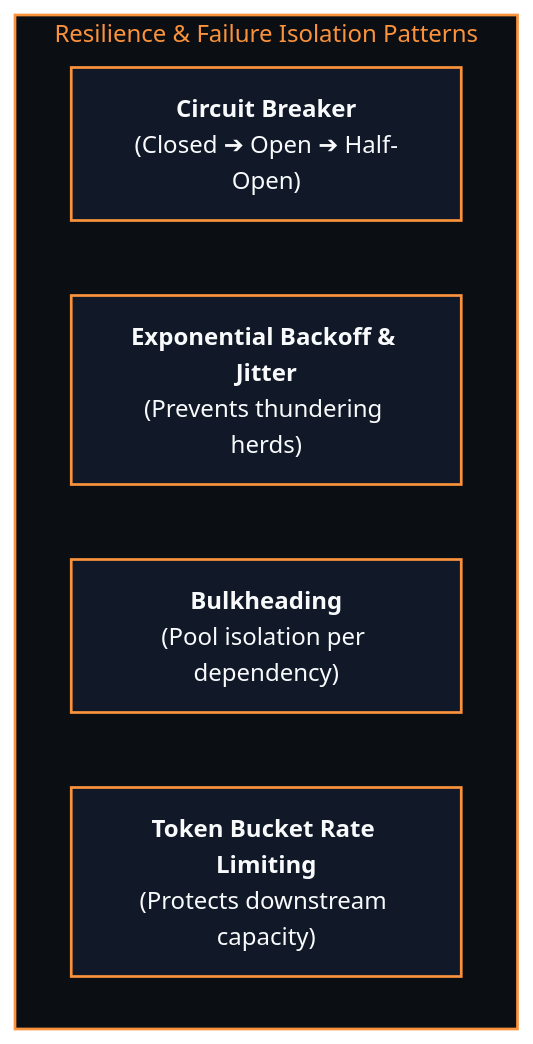
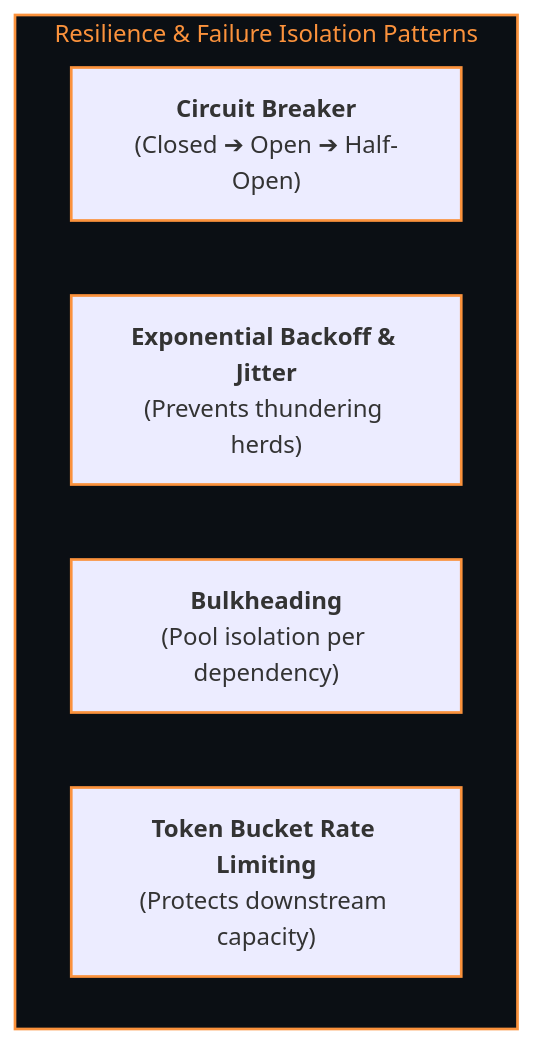
Before and after one commit to abhinavbharti2345/CS_Notes: the diagram in BrainOS/05 - Systems/Scalability & Fault Tolerance.md, drawn with Mermaid. The commit also changed 91 other files, not shown here.

````diff
--- a/BrainOS/05 - Systems/Scalability & Fault Tolerance.md
+++ b/BrainOS/05 - Systems/Scalability & Fault Tolerance.md
@@ -36,16 +36,15 @@
 ```mermaid
-%%{init: {'theme': 'base', 'themeVariables': { 'darkMode': true, 'background': '#0B0F14', 'mainBkg': '#111827', 'primaryColor': '#111827', 'primaryTextColor': '#F8FAFC', 'primaryBorderColor': '#38BDF8', 'lineColor': '#64748B', 'secondaryColor': '#0B0F14', 'tertiaryColor': '#0B0F14', 'clusterBkg': '#0B0F14', 'clusterBorder': '#38BDF8' }}}%%
 flowchart LR
     subgraph RESILIENCE ["Resilience & Failure Isolation Patterns"]
         direction LR
         CB["<b>Circuit Breaker</b><br/>(Closed ➔ Open ➔ Half-Open)"]
         RETRY["<b>Exponential Backoff & Jitter</b><br/>(Prevents thundering herds)"]
         BH["<b>Bulkheading</b><br/>(Pool isolation per dependency)"]
         RL["<b>Token Bucket Rate Limiting</b><br/>(Protects downstream capacity)"]
     end
 
     style RESILIENCE fill:#0B0F14,stroke:#FB923C,stroke-width:1.8px,color:#FB923C
 
-    classDef sysNode fill:#111827,stroke:#FB923C,stroke-width:1.8px,color:#F8FAFC;
+    classDef sysNode stroke:#FB923C,stroke-width:1.8px;
     class CB,RETRY,BH,RL sysNode;
 ```
````
